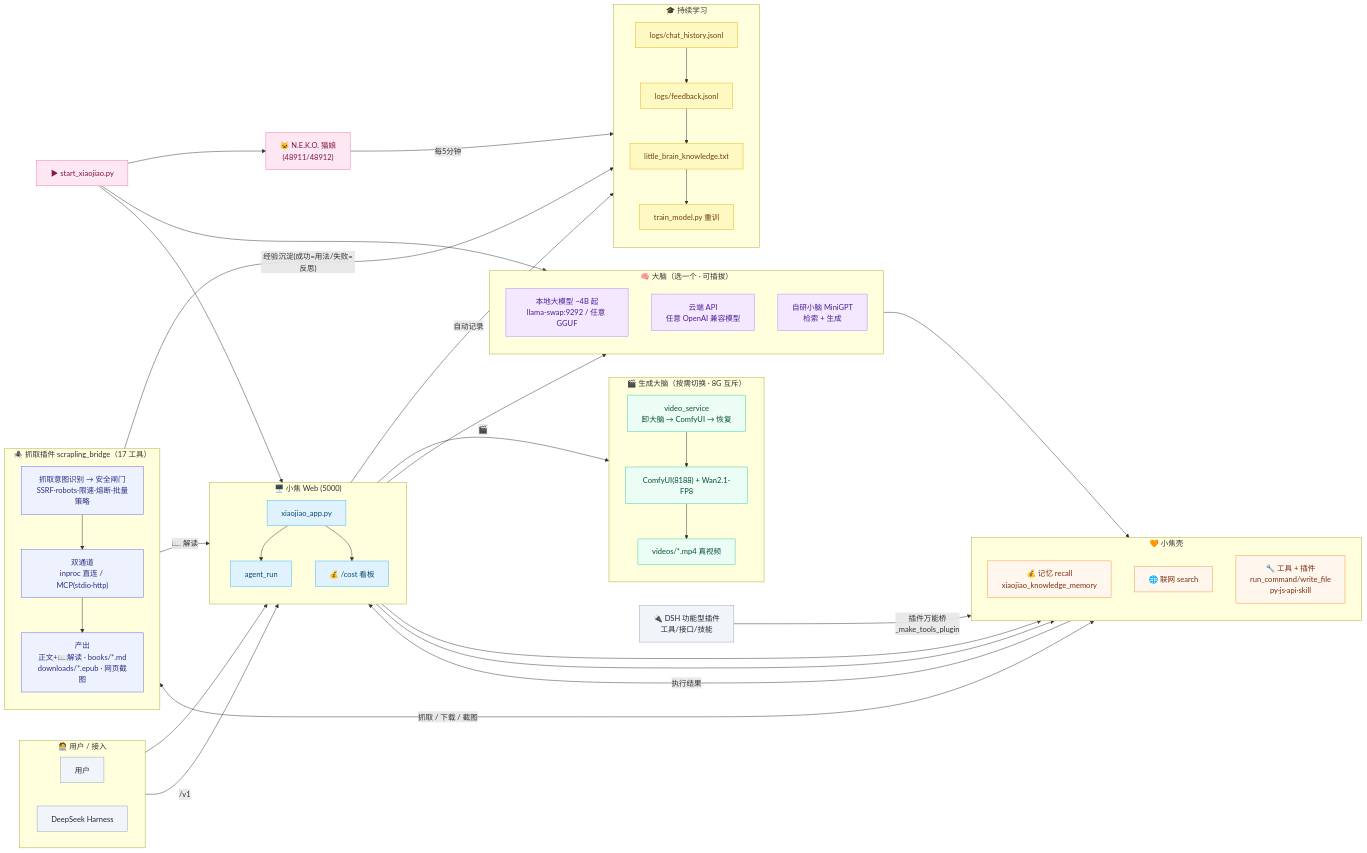
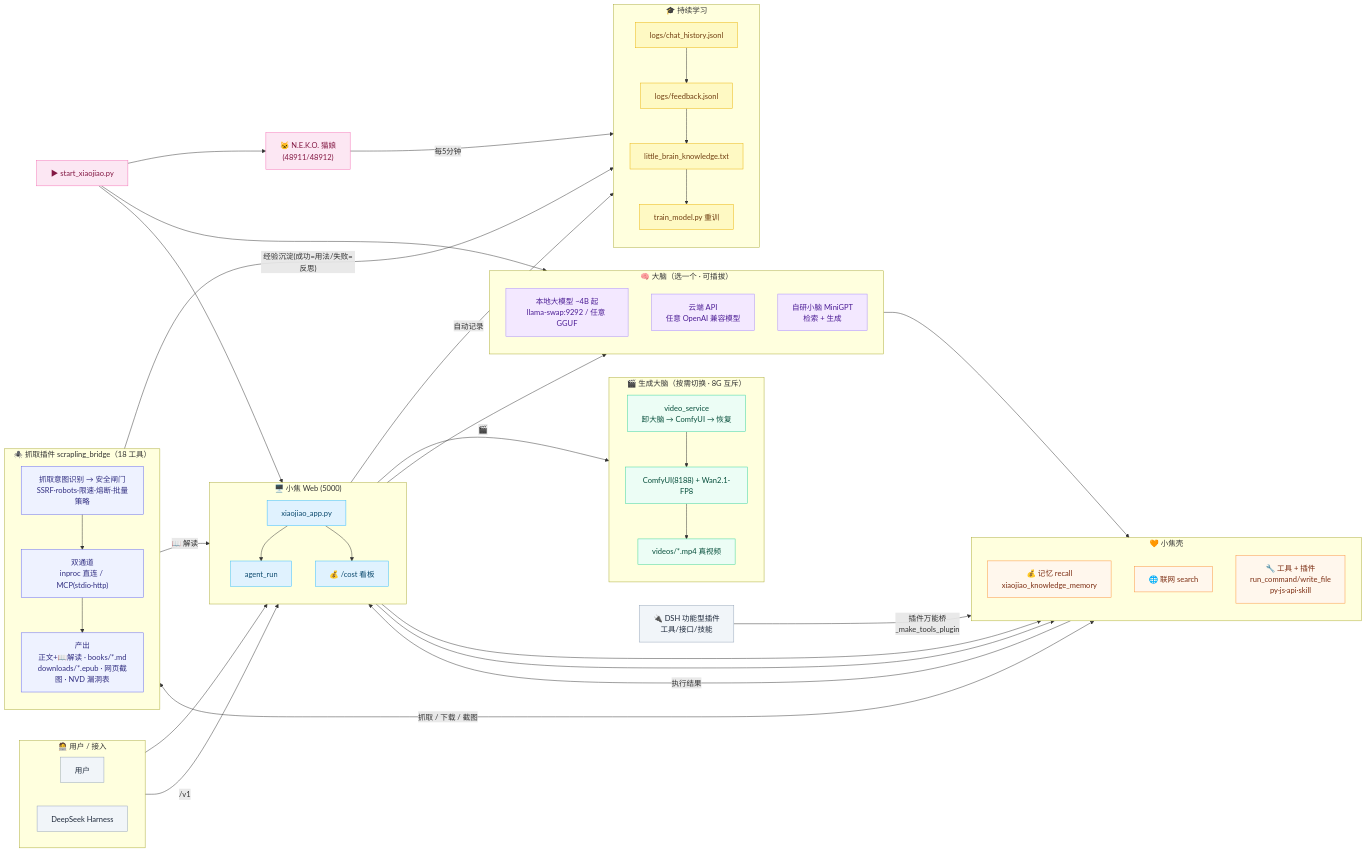
The fifth of 14 diagrams in README.md (jiangchuangege/xiaojiao-harness), drawn with Mermaid before and after one commit. The commit also changed other lines of this file and 17 other files, not shown here.

```diff
--- a/README.md
+++ b/README.md
@@ -643,11 +643,11 @@
         TRAIN["train_model.py 重训"]
     end
 
-    subgraph SCRAPE["🕷️ 抓取插件 scrapling_bridge（17 工具）"]
+    subgraph SCRAPE["🕷️ 抓取插件 scrapling_bridge（18 工具）"]
         direction TB
         SD["抓取意图识别 → 安全闸门<br/>SSRF·robots·限速·熔断·批量策略"]
         SDUAL["双通道<br/>inproc 直连 / MCP(stdio·http)"]
-        SOUT["产出<br/>正文+📖解读 · books/*.md<br/>downloads/*.epub · 网页截图"]
+        SOUT["产出<br/>正文+📖解读 · books/*.md<br/>downloads/*.epub · 网页截图 · NVD 漏洞表"]
         SD --> SDUAL --> SOUT
     end
 
```
